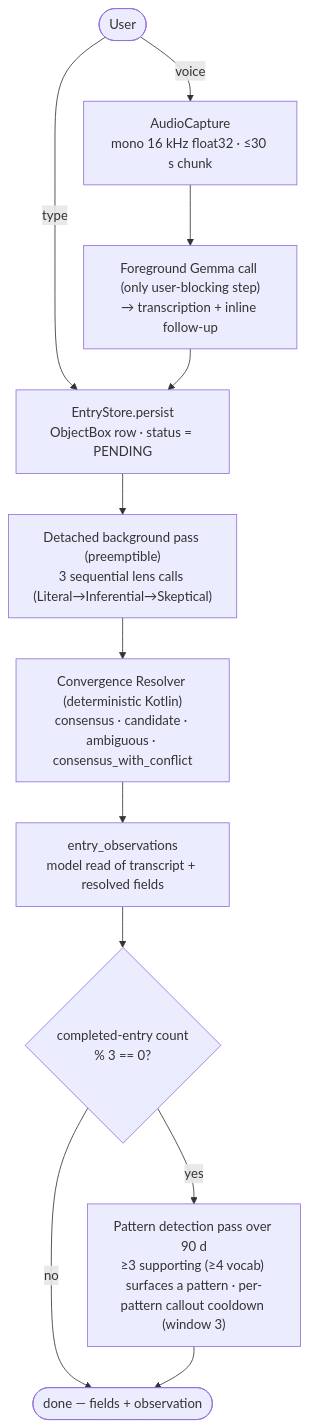
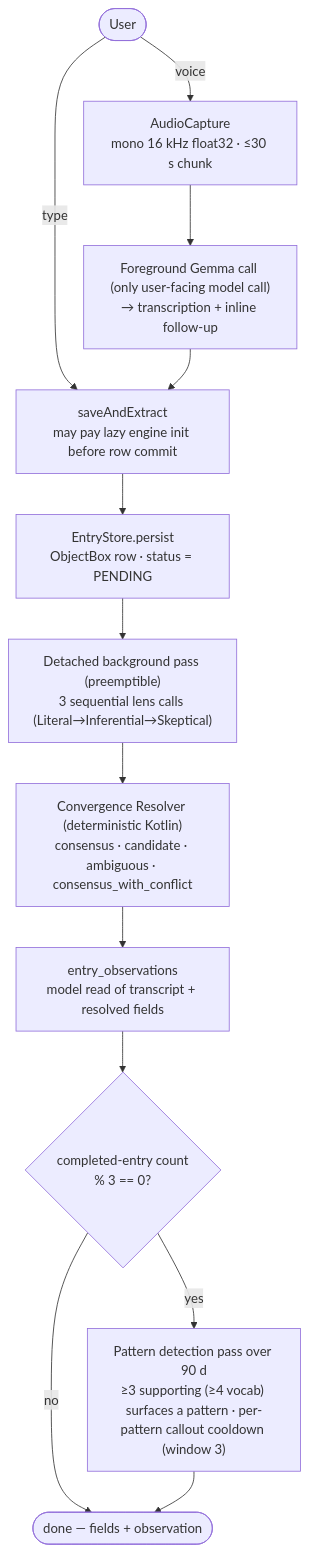
One commit to anchildress1/vestige changed the fourth of 4 diagrams in docs/diagrams/architecture.md. Above: the diagram before and after it, drawn with Mermaid. The commit also changed other lines of this file and 2 other files, not shown here.

Commit message:
docs: fix README anchor links; sync embeddings + dataflow status
Strip trailing emoji from README section headers so GitHub's slugger
generates clean anchors. All 15 TOC + inline anchor links pointed at dead
fragments: emoji forced a trailing `-` (and an invisible U+FE0F on the
variation-selector headers), so e.g. `## About 🧭` minted `#about-`, never
`#about`. Verified every in-doc link against github-slugger.

Also lands the doc-sync that was sitting uncommitted in the working tree:
embeddings-coverage wording (README Status/Known Limitations + diagrams
README) and the capture -> engine-init dataflow correction in
diagrams/architecture.

````diff
--- a/docs/diagrams/architecture.md
+++ b/docs/diagrams/architecture.md
@@ -109,17 +111,18 @@
 ```mermaid
 flowchart TB
     accTitle: End-to-end capture and extraction dataflow
-    accDescr: User records or types. Voice is captured by AudioCapture as a mono 16kHz float32 chunk capped at 30 seconds, then a single foreground Gemma call returns transcription and an inline follow-up. Typed entries skip the foreground call. EntryStore persists an ObjectBox row marked PENDING. A detached background pass runs three sequential lens calls, the convergence resolver writes consensus, candidate, ambiguous, or consensus_with_conflict fields, entry observations are generated, then on every third completed entry a pattern detection pass runs over the 90-day window. Foreground capture preempts in-flight background work.
+    accDescr: User records or types. Voice is captured by AudioCapture as a mono 16kHz float32 chunk capped at 30 seconds, then a single foreground Gemma call returns transcription and an inline follow-up. Typed entries skip the foreground call, but the save path may initialize the shared engine before EntryStore persists an ObjectBox row marked PENDING. A detached background pass runs three sequential lens calls, the convergence resolver writes consensus, candidate, ambiguous, or consensus_with_conflict fields, entry observations are generated, then on every third completed entry a pattern detection pass runs over the 90-day window. Foreground voice capture preempts in-flight background work.
 
     U(["User"]) -- voice --> AR["AudioCapture<br/>mono 16 kHz float32 · ≤30 s chunk"]
-    U -- type --> ES
-    AR --> FG["Foreground Gemma call (only user-blocking step)<br/>→ transcription + inline follow-up"]
-    FG --> ES["EntryStore.persist<br/>ObjectBox row · status = PENDING"]
+    U -- type --> INIT["saveAndExtract<br/>may pay lazy engine init before row commit"]
+    AR --> FG["Foreground Gemma call (only user-facing model call)<br/>→ transcription + inline follow-up"]
+    FG --> INIT
+    INIT --> ES["EntryStore.persist<br/>ObjectBox row · status = PENDING"]
     ES --> BG["Detached background pass (preemptible)<br/>3 sequential lens calls (Literal→Inferential→Skeptical)"]
     BG --> CR["Convergence Resolver (deterministic Kotlin)<br/>consensus · candidate · ambiguous · consensus_with_conflict"]
     CR --> OBS["entry_observations<br/>model read of transcript + resolved fields"]
     OBS --> PD{"completed-entry count<br/>% 3 == 0?"}
     PD -- yes --> PAT["Pattern detection pass over 90 d<br/>≥3 supporting (≥4 vocab) surfaces a pattern · per-pattern callout cooldown (window 3)"]
     PD -- no --> Done(["done — fields + observation"])
     PAT --> Done
 ```
````
